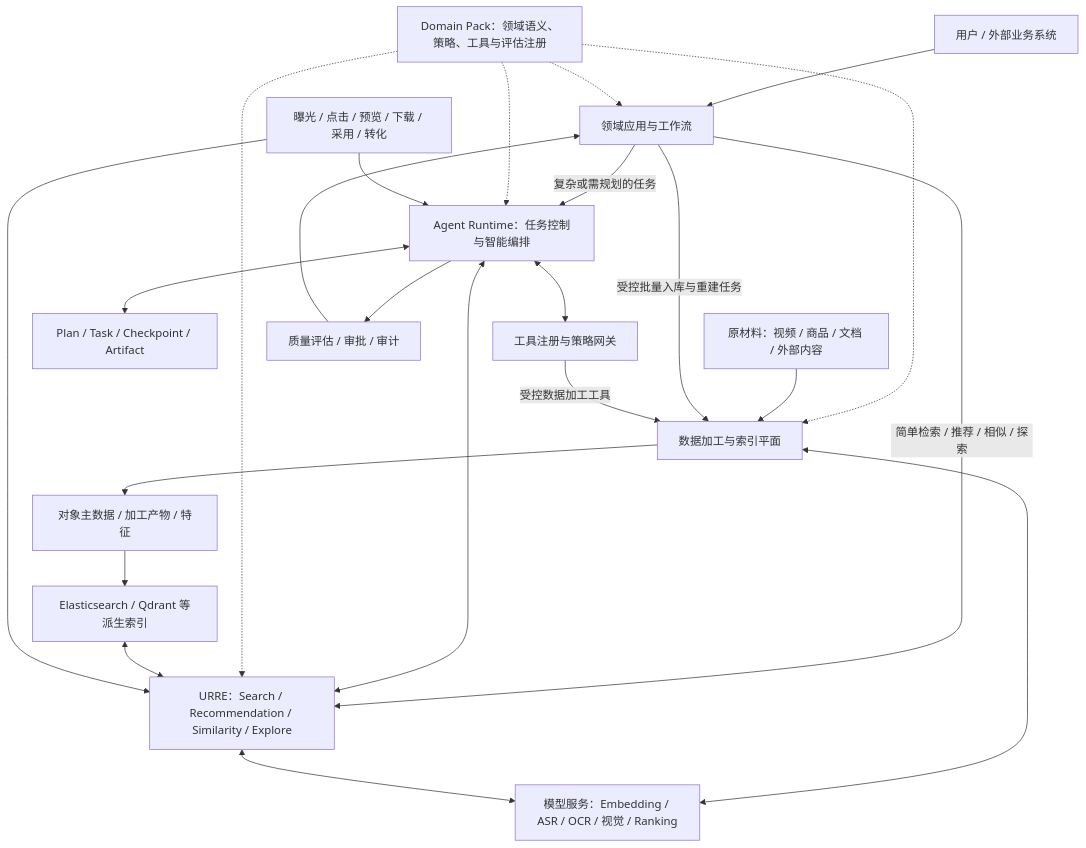
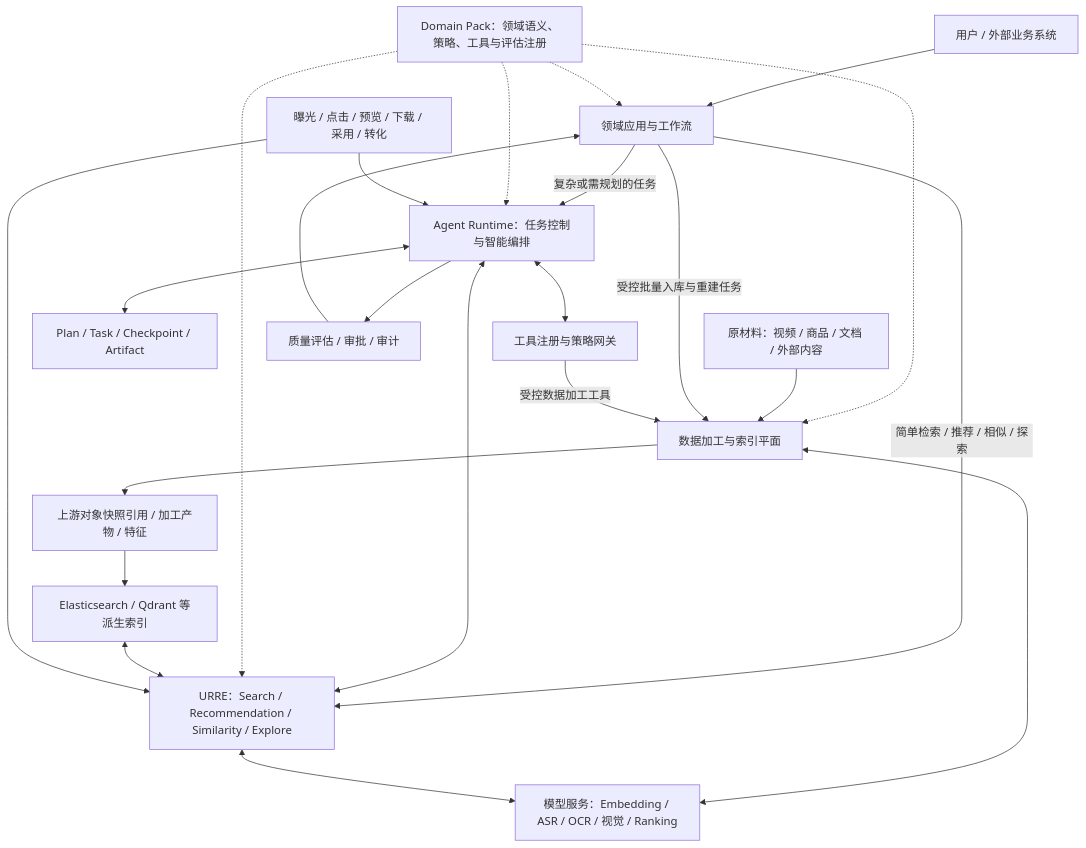
Before and after one commit to human-cosmos/search-rec-docs: the first of 4 diagrams in 00_架构设计总纲.md, drawn with Mermaid. The commit also changed other lines of this file and 6 other files, not shown here.

````diff
--- a/00_架构设计总纲.md
+++ b/00_架构设计总纲.md
@@ -24,25 +24,25 @@
 ```mermaid
 flowchart TB
   U[用户 / 外部业务系统] --> APP[领域应用与工作流]
   APP -->|简单检索 / 推荐 / 相似 / 探索| URRE[URRE：Search / Recommendation / Similarity / Explore]
   APP -->|复杂或需规划的任务| AR[Agent Runtime：任务控制与智能编排]
   AR <--> URRE
   DP[Domain Pack：领域语义、策略、工具与评估注册] -.-> APP
   DP -.-> AR
   DP -.-> URRE
   DP -.-> DATAPLANE
   AR <--> TOOLS[工具注册与策略网关]
   AR <--> STATE[Plan / Task / Checkpoint / Artifact]
   RAW[原材料：视频 / 商品 / 文档 / 外部内容] --> DATAPLANE[数据加工与索引平面]
   APP -->|受控批量入库与重建任务| DATAPLANE
   TOOLS -->|受控数据加工工具| DATAPLANE
   DATAPLANE <--> MODEL[模型服务：Embedding / ASR / OCR / 视觉 / Ranking]
-  DATAPLANE --> DATA[对象主数据 / 加工产物 / 特征]
+  DATAPLANE --> DATA[上游对象快照引用 / 加工产物 / 特征]
   DATA --> INDEX[Elasticsearch / Qdrant 等派生索引]
   INDEX <--> URRE
   URRE <--> MODEL
   AR --> QA[质量评估 / 审批 / 审计]
   QA --> APP
   FEEDBACK[曝光 / 点击 / 预览 / 下载 / 采用 / 转化] --> URRE
   FEEDBACK --> AR
 ```
````
